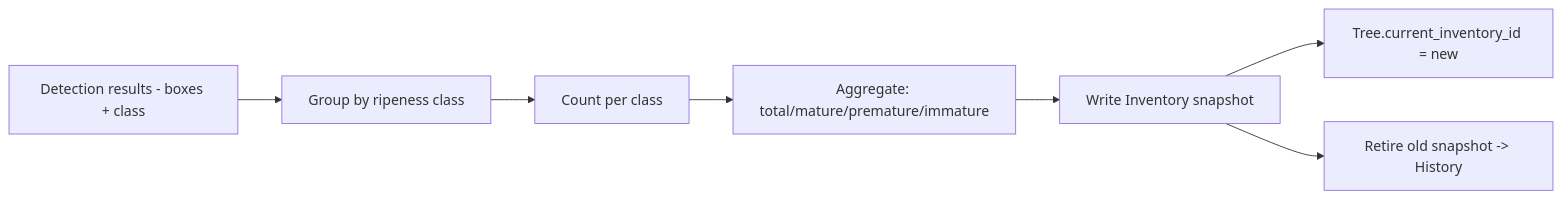
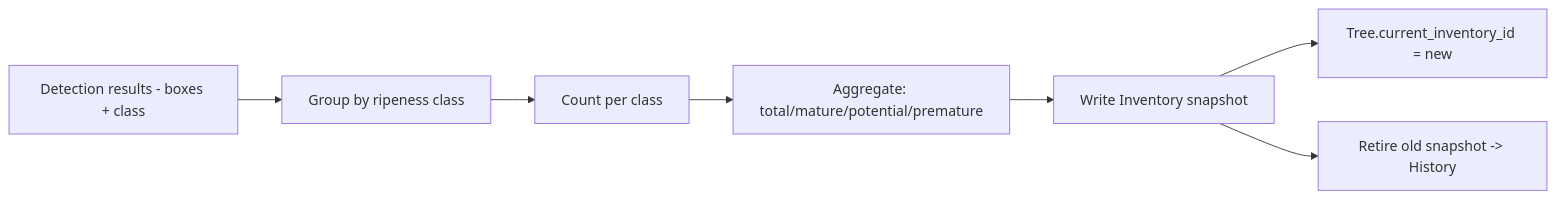
Diagram 15 of 34 in PROJECT_SPECIFICATION.md (Maheshh-S/autonomous-coconut-harvester), drawn with Mermaid before and after one commit. The commit also changed other lines of this file and 9 other files, not shown here.

````diff
--- a/PROJECT_SPECIFICATION.md
+++ b/PROJECT_SPECIFICATION.md
@@ -1672,9 +1680,9 @@
 ```mermaid
 flowchart LR
     A[Detection results - boxes + class] --> B[Group by ripeness class]
     B --> C[Count per class]
-    C --> D[Aggregate: total/mature/premature/immature]
+    C --> D[Aggregate: total/mature/potential/premature]
     D --> E[Write Inventory snapshot]
     E --> F[Tree.current_inventory_id = new]
     E --> G[Retire old snapshot -> History]
 ```
````
